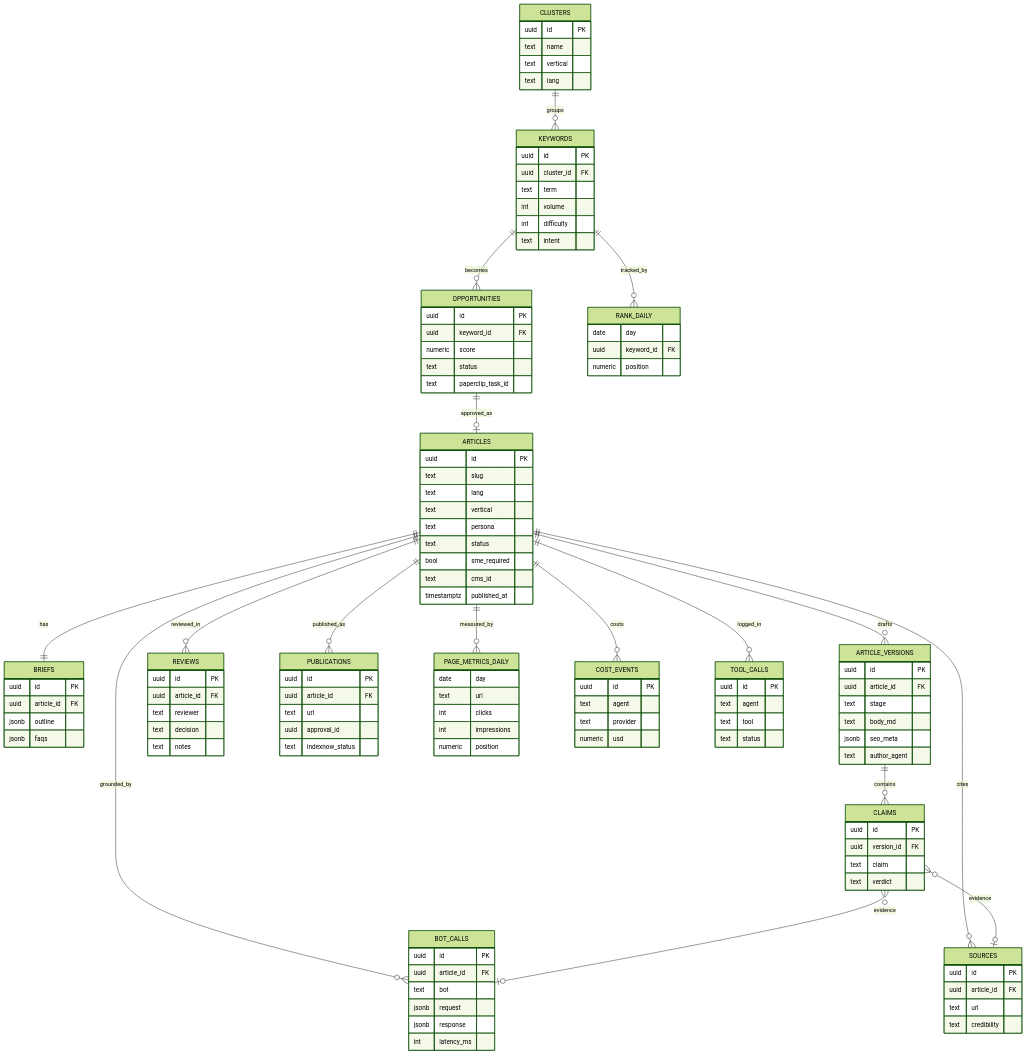
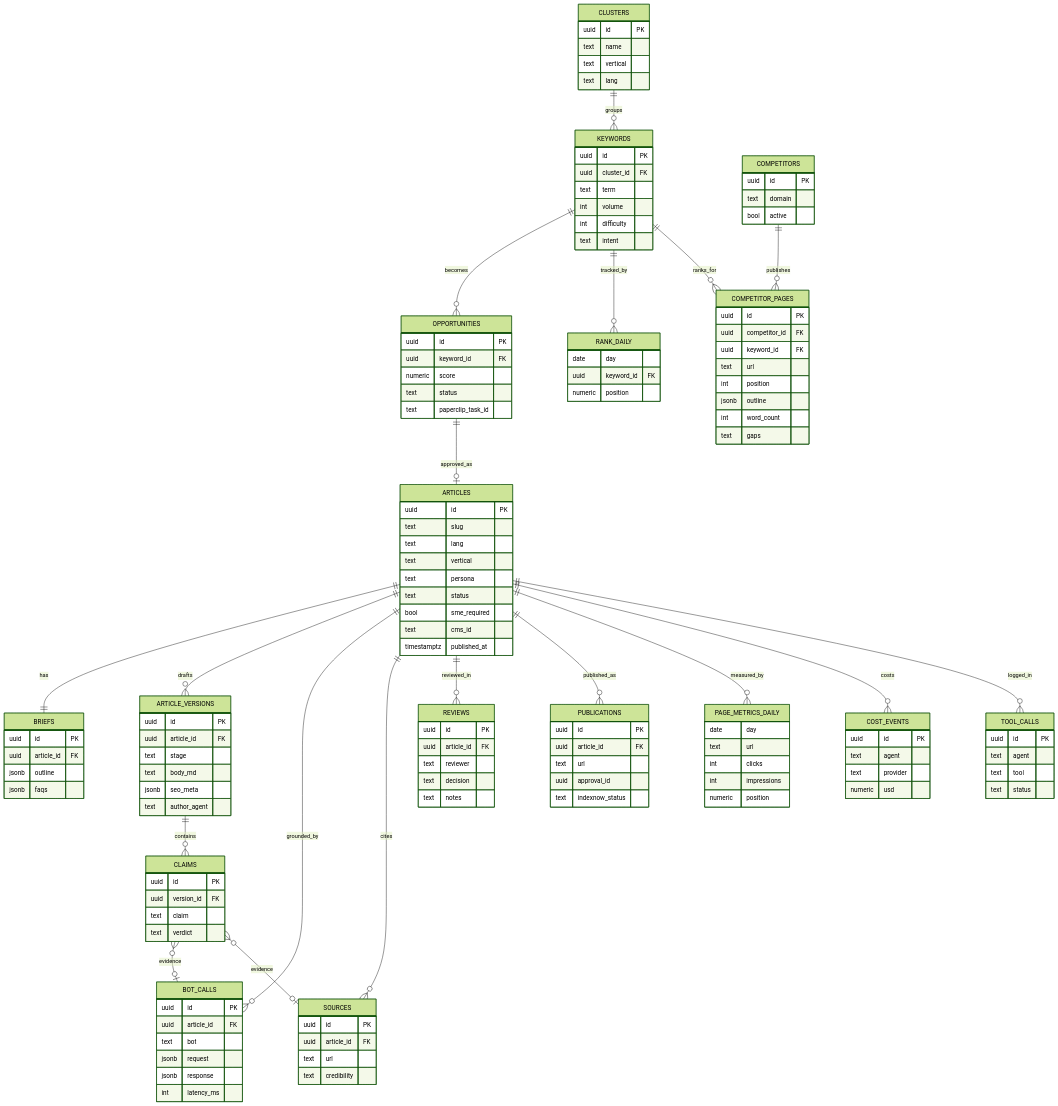
The third of 3 diagrams in docs/architecture.md (ankushpanday33/starstell-seo-team), drawn with Mermaid (forest theme) before and after one commit. The commit also changed other lines of this file and 4 other files, not shown here.

```diff
--- a/docs/architecture.md
+++ b/docs/architecture.md
@@ -146,6 +146,23 @@
   KEYWORDS ||--o{ RANK_DAILY : tracked_by
   ARTICLES ||--o{ COST_EVENTS : costs
   ARTICLES ||--o{ TOOL_CALLS : logged_in
+  COMPETITORS ||--o{ COMPETITOR_PAGES : publishes
+  KEYWORDS ||--o{ COMPETITOR_PAGES : ranks_for
+  COMPETITORS {
+    uuid id PK
+    text domain
+    bool active
+  }
+  COMPETITOR_PAGES {
+    uuid id PK
+    uuid competitor_id FK
+    uuid keyword_id FK
+    text url
+    int position
+    jsonb outline
+    int word_count
+    text gaps
+  }
   CLUSTERS {
     uuid id PK
     text name
```
